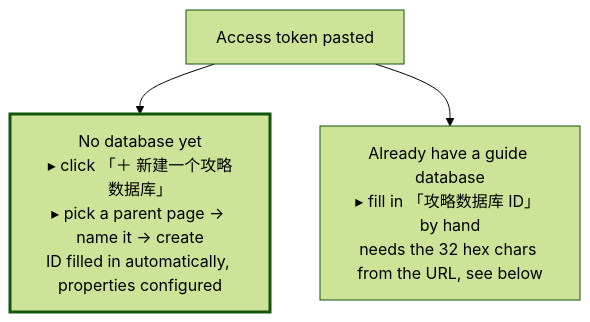
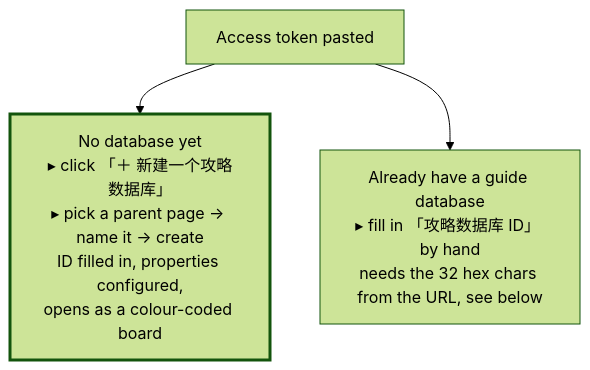
One commit to LethalKebab/steam-achievement-tracker changed the second of 2 diagrams in docs/notion-setup.md. Above: the diagram before and after it, drawn with Mermaid (forest theme). The commit also changed other lines of this file and 5 other files, not shown here.

````diff
--- a/docs/notion-setup.md
+++ b/docs/notion-setup.md
@@ -68,6 +68,6 @@
 ```mermaid
 flowchart TD
-    S["Access token pasted"] --> L["No database yet<br/>▸ click 「＋ 新建一个攻略数据库」<br/>▸ pick a parent page → name it → create<br/>ID filled in automatically, properties configured"]
+    S["Access token pasted"] --> L["No database yet<br/>▸ click 「＋ 新建一个攻略数据库」<br/>▸ pick a parent page → name it → create<br/>ID filled in, properties configured,<br/>opens as a colour-coded board"]
     S --> R["Already have a guide database<br/>▸ fill in 「攻略数据库 ID」 by hand<br/>needs the 32 hex chars from the URL, see below"]
     style L stroke-width:3px
 ```
````
